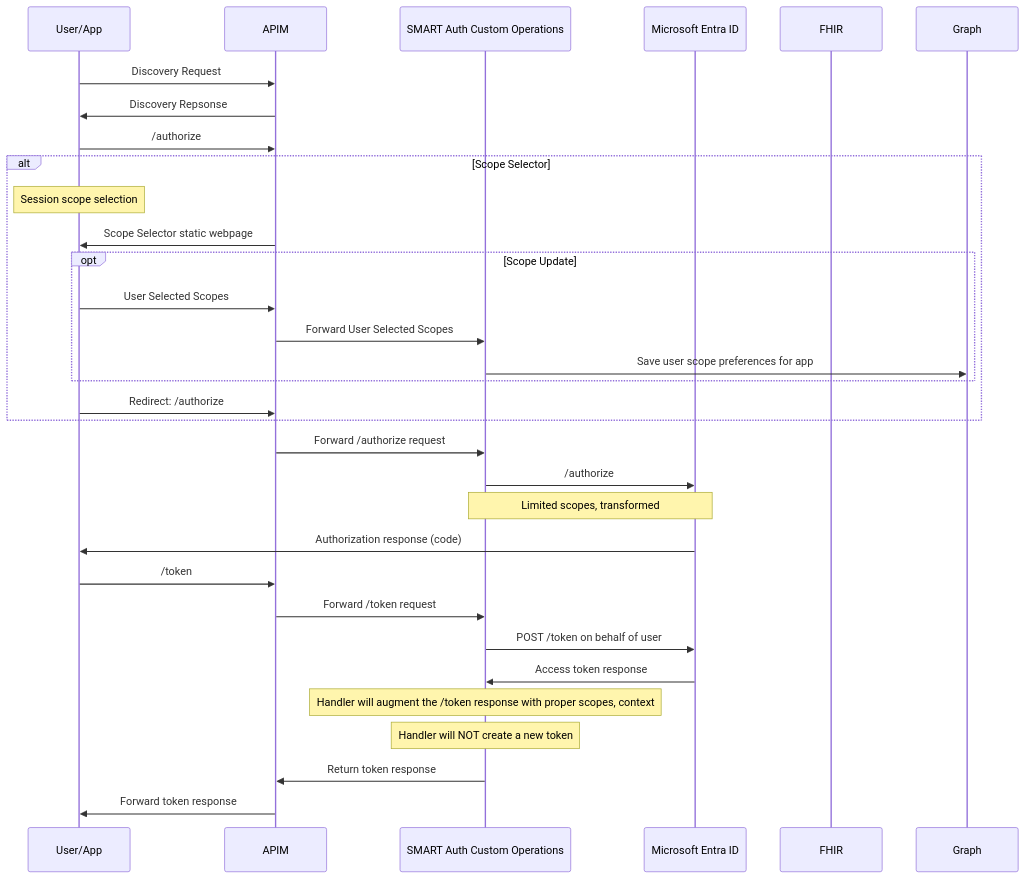
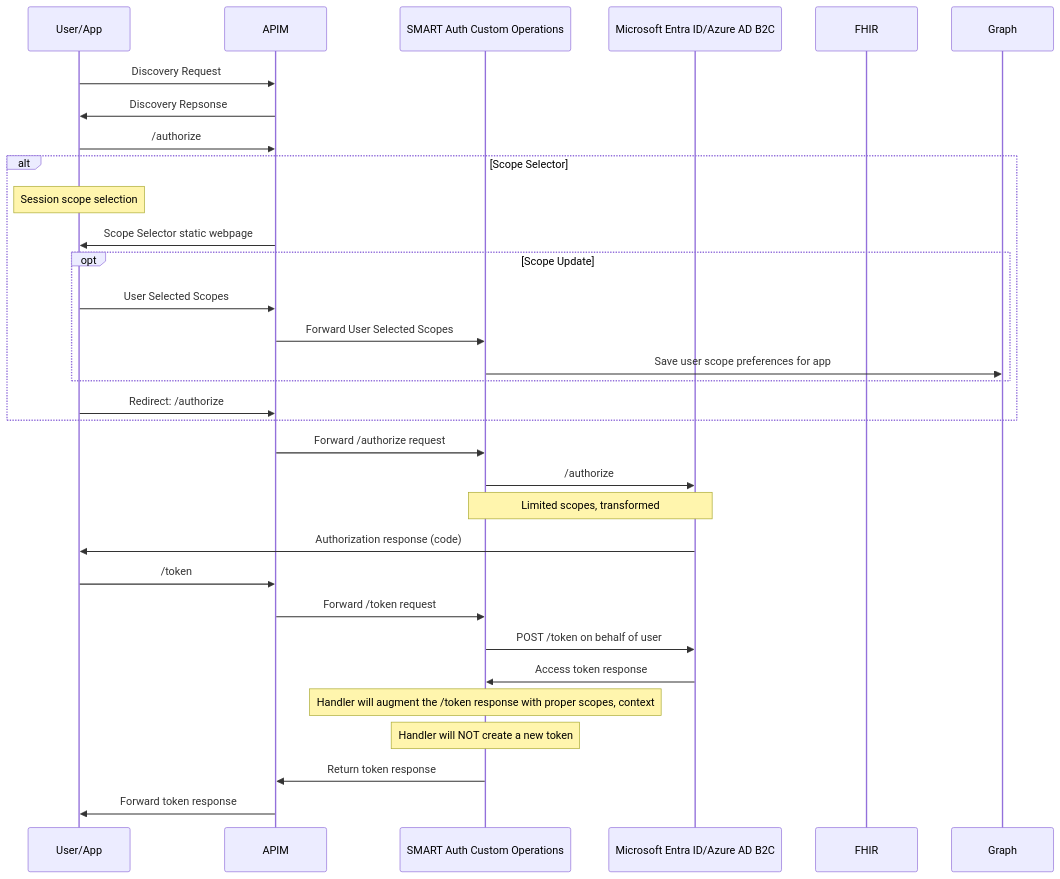
The third of 4 diagrams in samples/smartonfhir-oncg10-consolidated/docs/technical-guide.md (Azure-Samples/azure-health-data-and-ai-samples), drawn with Mermaid before and after one commit. The commit also changed other lines of this file and 8 other files, not shown here.

````diff
--- a/samples/smartonfhir-oncg10-consolidated/docs/technical-guide.md
+++ b/samples/smartonfhir-oncg10-consolidated/docs/technical-guide.md
@@ -106,36 +106,36 @@
 ```mermaid
   sequenceDiagram
     participant User/App
     participant APIM
     participant SMART Auth Custom Operations
-    participant Microsoft Entra ID
+    participant Microsoft Entra ID/Azure AD B2C
     participant FHIR
     participant Graph
     User/App ->> APIM: Discovery Request
     APIM ->> User/App: Discovery Repsonse
     User/App ->> APIM: /authorize
     alt Scope Selector
         note over User/App: Session scope selection
         APIM ->> User/App: Scope Selector static webpage
         opt Scope Update
             User/App ->> APIM: User Selected Scopes
             APIM ->> SMART Auth Custom Operations:  Forward User Selected Scopes
             SMART Auth Custom Operations ->> Graph: Save user scope preferences for app
         end
         
         User/App ->> APIM: Redirect: /authorize        
     end
 
     APIM ->> SMART Auth Custom Operations: Forward /authorize request    
-    SMART Auth Custom Operations ->> Microsoft Entra ID: /authorize
-    note over SMART Auth Custom Operations, Microsoft Entra ID: Limited scopes, transformed
-    Microsoft Entra ID ->> User/App: Authorization response (code)
+    SMART Auth Custom Operations ->> Microsoft Entra ID/Azure AD B2C: /authorize
+    note over SMART Auth Custom Operations, Microsoft Entra ID/Azure AD B2C: Limited scopes, transformed
+    Microsoft Entra ID/Azure AD B2C ->> User/App: Authorization response (code)
     User/App ->> APIM: /token
     APIM ->> SMART Auth Custom Operations: Forward /token request
-    SMART Auth Custom Operations ->> Microsoft Entra ID: POST /token on behalf of user
-    Microsoft Entra ID ->> SMART Auth Custom Operations: Access token response
+    SMART Auth Custom Operations ->> Microsoft Entra ID/Azure AD B2C: POST /token on behalf of user
+    Microsoft Entra ID/Azure AD B2C ->> SMART Auth Custom Operations: Access token response
     note over SMART Auth Custom Operations: Handler will augment the /token response with proper scopes, context
     note over SMART Auth Custom Operations: Handler will NOT create a new token
     SMART Auth Custom Operations ->> APIM: Return token response
     APIM ->> User/App: Forward token response
 ```
````
